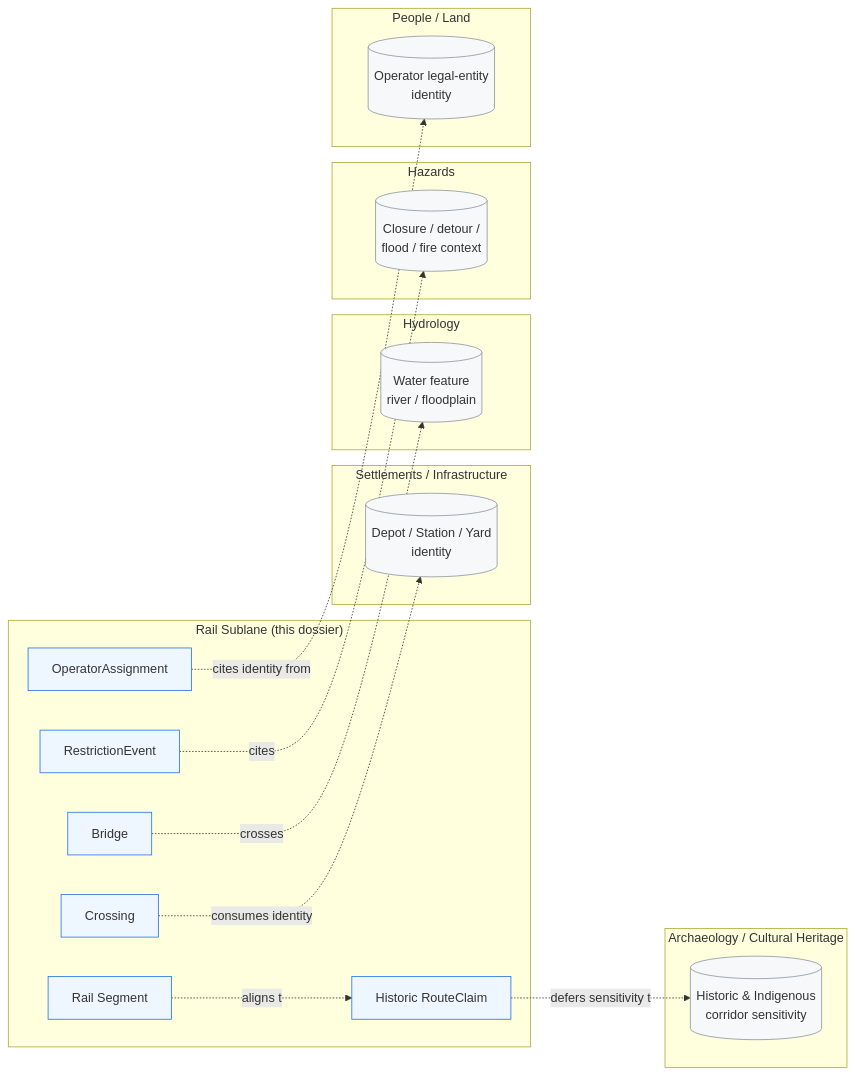
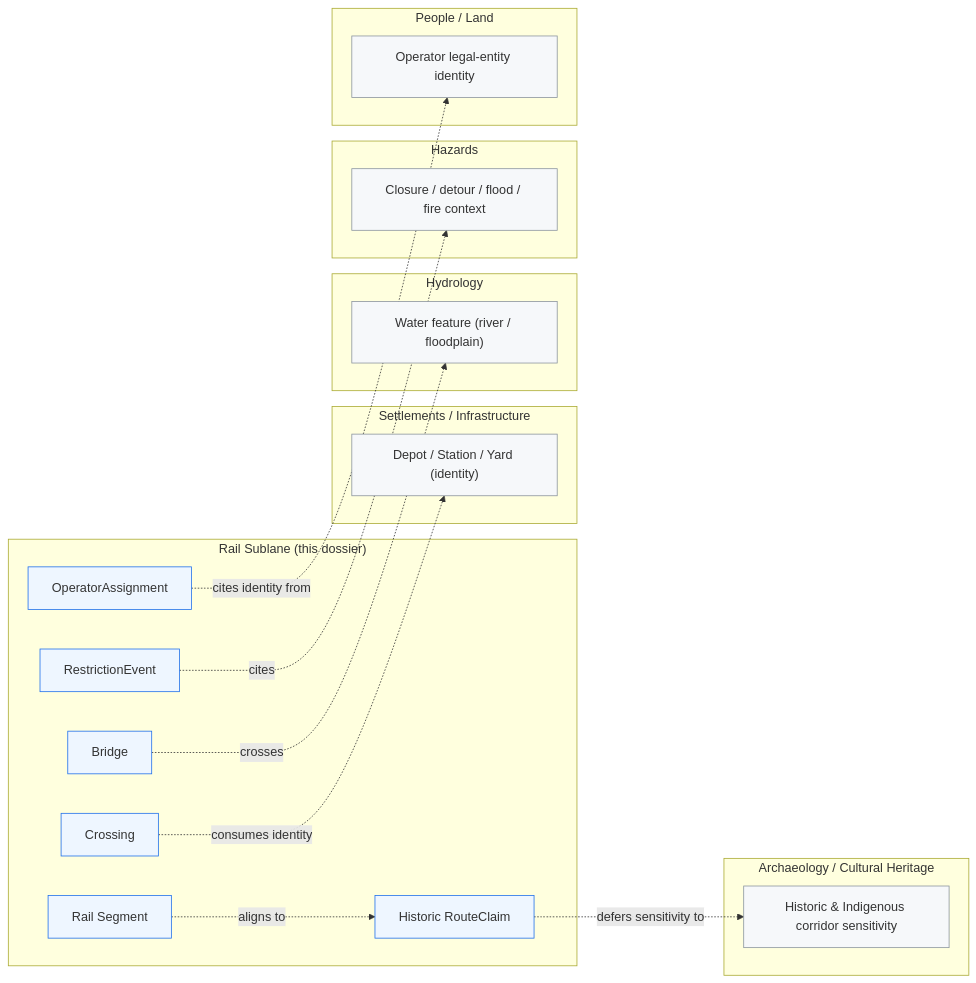
One commit to bartytime4life/Kansas-Frontier-Matrix changed the first of 2 diagrams in docs/domains/roads-rail-trade/sublanes/rail.md. Above: the diagram before and after it, drawn with Mermaid. The commit also changed other lines of this file, not shown here.

````diff
--- a/docs/domains/roads-rail-trade/sublanes/rail.md
+++ b/docs/domains/roads-rail-trade/sublanes/rail.md
@@ -232,43 +246,36 @@
 ```mermaid
 flowchart LR
   subgraph Rail["Rail Sublane (this dossier)"]
-    RS[Rail Segment]
-    CR[Crossing]
-    BR[Bridge]
-    RE[RestrictionEvent]
-    OA[OperatorAssignment]
-    HRC[Historic RouteClaim]
+    RS["Rail Segment"]
+    CR["Crossing"]
+    BR["Bridge"]
+    RE["RestrictionEvent"]
+    OA["OperatorAssignment"]
+    HRC["Historic RouteClaim"]
   end
-
   subgraph Settle["Settlements / Infrastructure"]
-    DEP[(Depot / Station / Yard<br/>identity)]
+    DEP["Depot / Station / Yard (identity)"]
   end
-
   subgraph Hyd["Hydrology"]
-    WF[(Water feature<br/>river / floodplain)]
+    WF["Water feature (river / floodplain)"]
   end
-
   subgraph Haz["Hazards"]
-    HE[(Closure / detour /<br/>flood / fire context)]
+    HE["Closure / detour / flood / fire context"]
   end
-
   subgraph Arch["Archaeology / Cultural Heritage"]
-    INDIG[(Historic & Indigenous<br/>corridor sensitivity)]
+    INDIG["Historic & Indigenous corridor sensitivity"]
   end
-
   subgraph People["People / Land"]
-    OP[(Operator legal-entity<br/>identity)]
+    OP["Operator legal-entity identity"]
   end
-
-  CR -.consumes identity.-> DEP
-  BR -.crosses.-> WF
-  RE -.cites.-> HE
-  HRC -.defers sensitivity to.-> INDIG
-  OA -.cites identity from.-> OP
-  RS -.aligns to.-> HRC
-
+  CR -. "consumes identity" .-> DEP
+  BR -. "crosses" .-> WF
+  RE -. "cites" .-> HE
+  HRC -. "defers sensitivity to" .-> INDIG
+  OA -. "cites identity from" .-> OP
+  RS -. "aligns to" .-> HRC
   classDef rail fill:#eef6ff,stroke:#1f6feb,stroke-width:1px
   classDef other fill:#f6f8fa,stroke:#8b949e,stroke-width:1px
   class RS,CR,BR,RE,OA,HRC rail
   class DEP,WF,HE,INDIG,OP other
 ```
````
